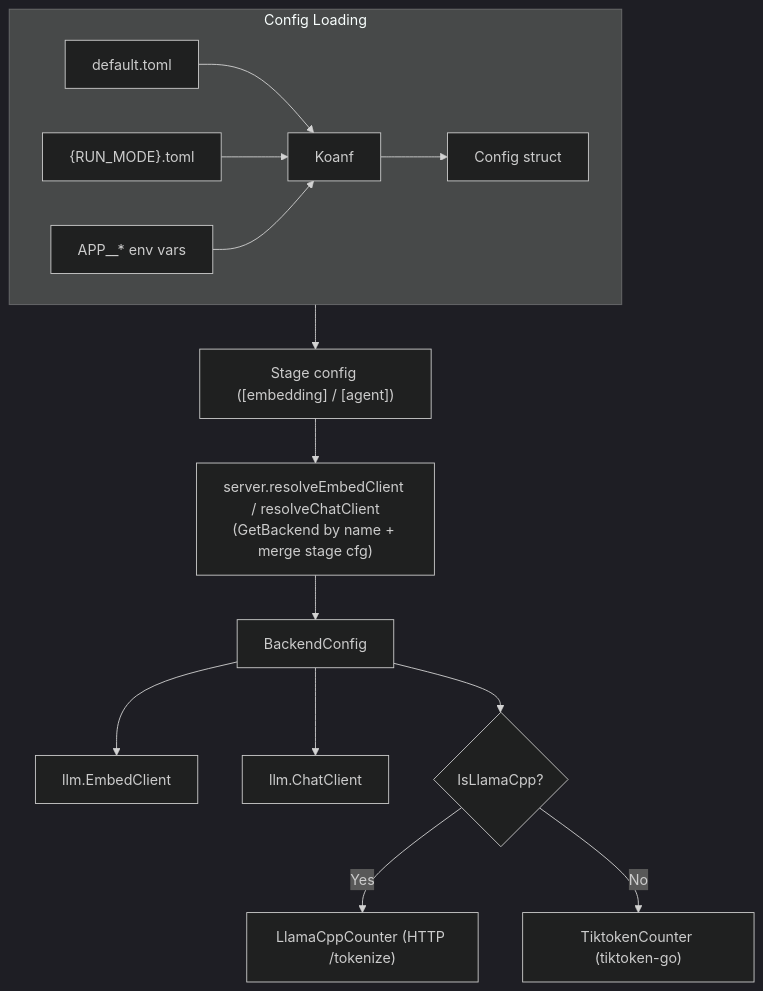
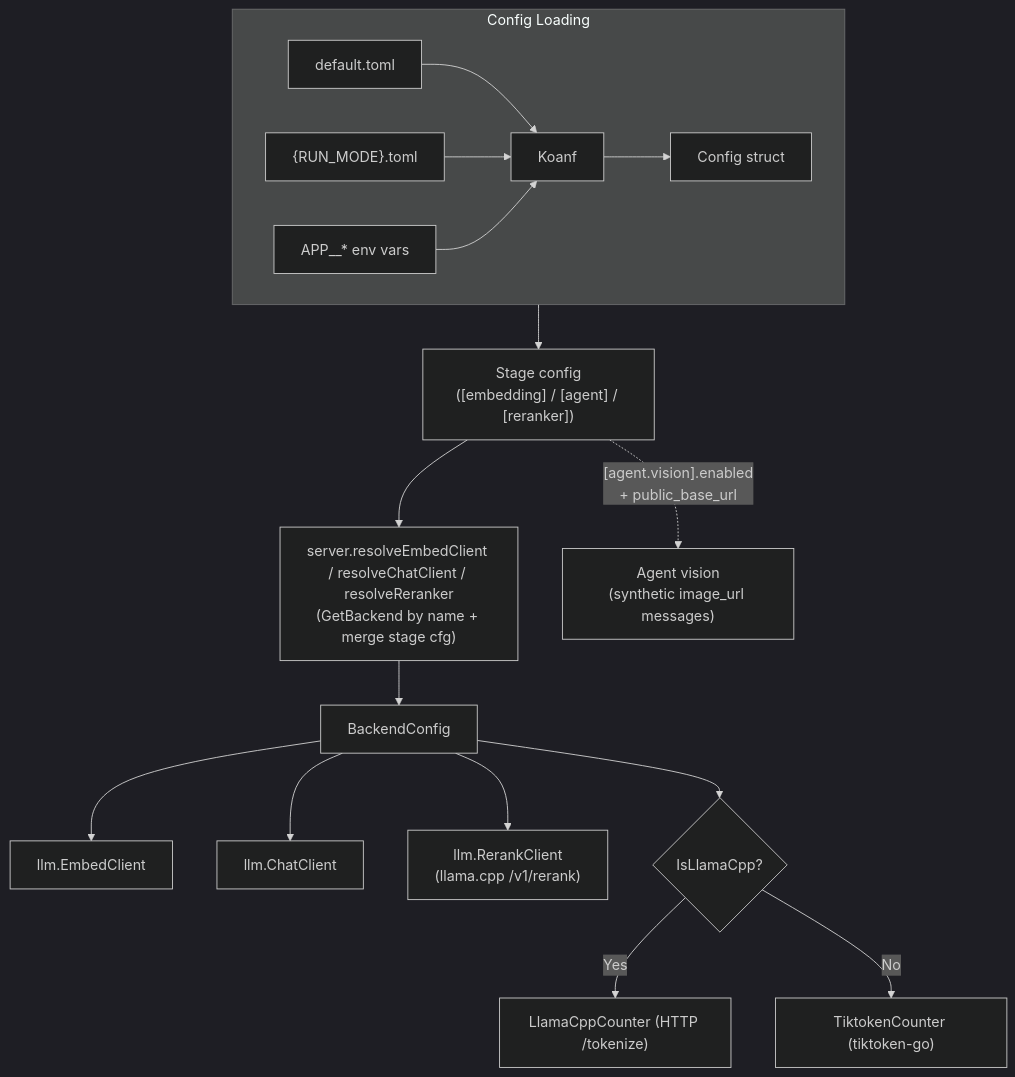
The sixth of 8 diagrams in docs/diagrams.md (klnstprx/etsi-rag), drawn with Mermaid (dark theme) before and after one commit. The commit also changed other lines of this file and 2 other files, not shown here.

````diff
--- a/docs/diagrams.md
+++ b/docs/diagrams.md
@@ -188,18 +221,21 @@
 ```mermaid
 flowchart TD
     subgraph Loading["Config Loading"]
         direction LR
         Default["default.toml"] & EnvToml["{RUN_MODE}.toml"] & EnvVars["APP__* env vars"] --> Koanf
         Koanf --> Config["Config struct"]
     end
 
-    Config --> Stage["Stage config ([embedding] / [agent])"]
-    Stage --> Resolve["server.resolveEmbedClient / resolveChatClient<br/>(GetBackend by name + merge stage cfg)"]
+    Config --> Stage["Stage config<br/>([embedding] / [agent] / [reranker])"]
+    Stage --> Resolve["server.resolveEmbedClient / resolveChatClient / resolveReranker<br/>(GetBackend by name + merge stage cfg)"]
     Resolve --> Backend["BackendConfig"]
 
     Backend --> EmbedClient["llm.EmbedClient"]
     Backend --> ChatClient["llm.ChatClient"]
+    Backend --> RerankClient["llm.RerankClient<br/>(llama.cpp /v1/rerank)"]
     Backend --> Counter{"IsLlamaCpp?"}
     Counter -->|"Yes"| LlamaCounter["LlamaCppCounter (HTTP /tokenize)"]
     Counter -->|"No"| Tiktoken["TiktokenCounter (tiktoken-go)"]
+
+    Stage -.->|"[agent.vision].enabled<br/>+ public_base_url"| VisionFlag["Agent vision<br/>(synthetic image_url messages)"]
 ```
````
